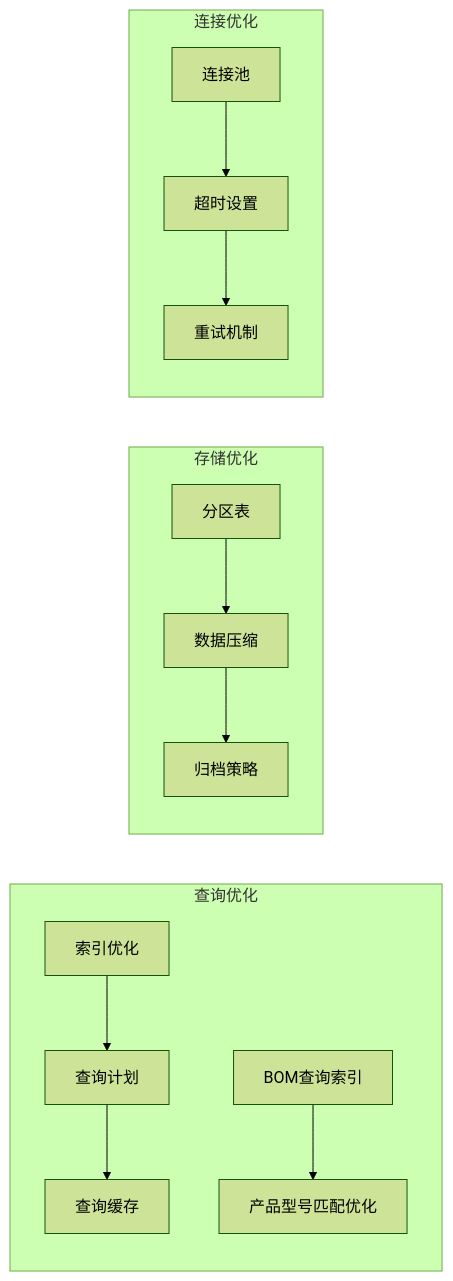
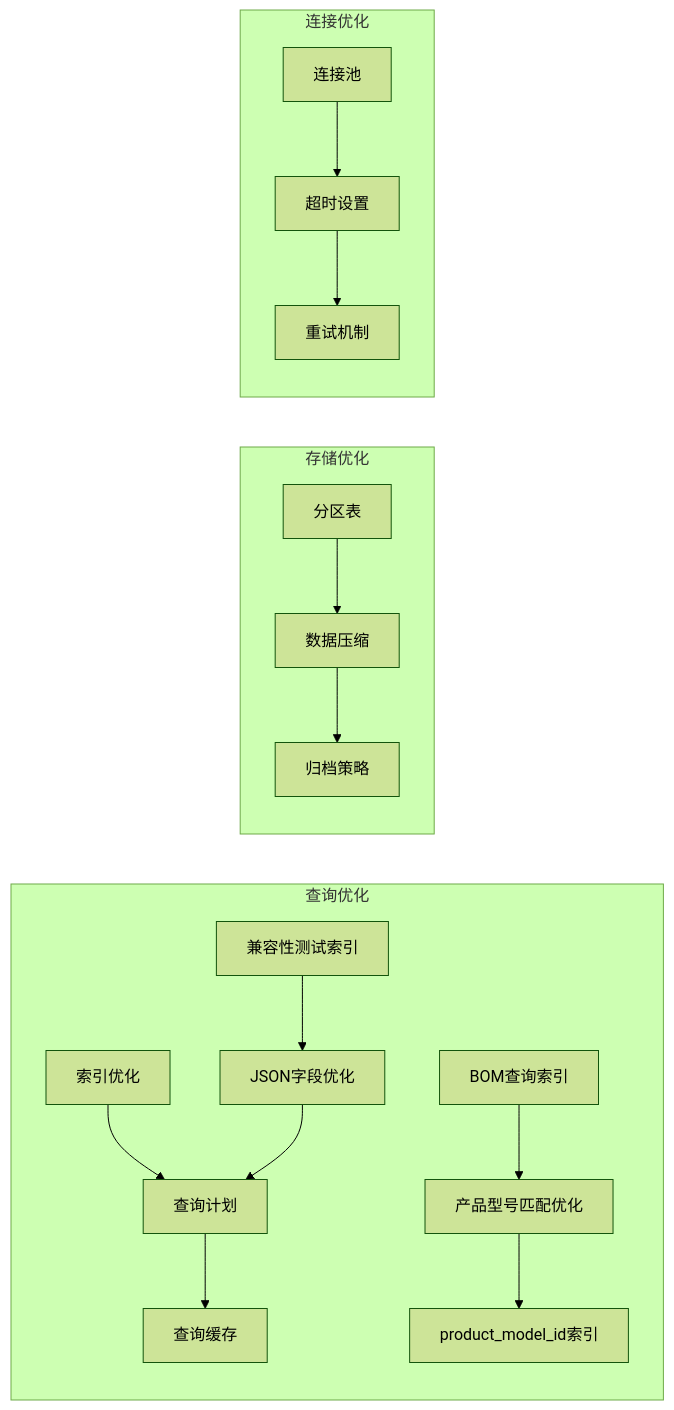
Before and after one commit to CubeEdge/Longhorn: diagram 14 of 14 in .qoder/repowiki/zh/content/数据库设计/配件管理系统.md, drawn with Mermaid (forest theme). The commit also changed other lines of this file and 29 other files, not shown here.

````diff
--- a/.qoder/repowiki/zh/content/数据库设计/配件管理系统.md
+++ b/.qoder/repowiki/zh/content/数据库设计/配件管理系统.md
@@ -748,27 +935,33 @@
 ```mermaid
 graph LR
 subgraph "查询优化"
 Index[索引优化]
 Query[查询计划]
 Cache[查询缓存]
 BOMIndex[BOM查询索引]
 ModelMatch[产品型号匹配优化]
+ProductModelIndex[product_model_id索引]
+CompatibilityIndex[兼容性测试索引]
+JSONExtract[JSON字段优化]
 end
 subgraph "存储优化"
 Partition[分区表]
 Compression[数据压缩]
 Archival[归档策略]
 end
 subgraph "连接优化"
 Pool[连接池]
 Timeout[超时设置]
 Retry[重试机制]
 end
 Index --> Query
 Query --> Cache
 BOMIndex --> ModelMatch
+ModelMatch --> ProductModelIndex
+CompatibilityIndex --> JSONExtract
+JSONExtract --> Query
 Partition --> Compression
 Compression --> Archival
 Pool --> Timeout
 Timeout --> Retry
 ```
````
